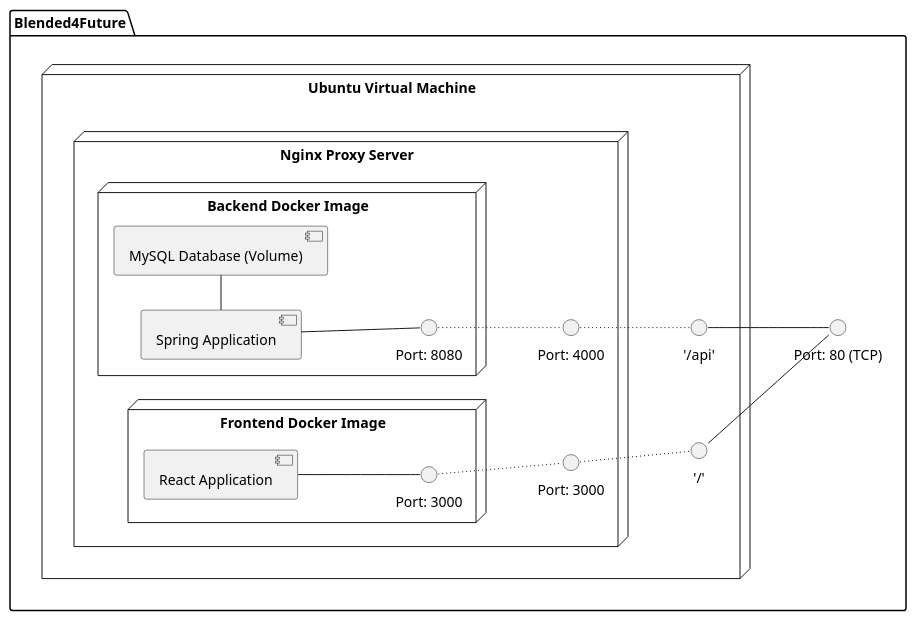
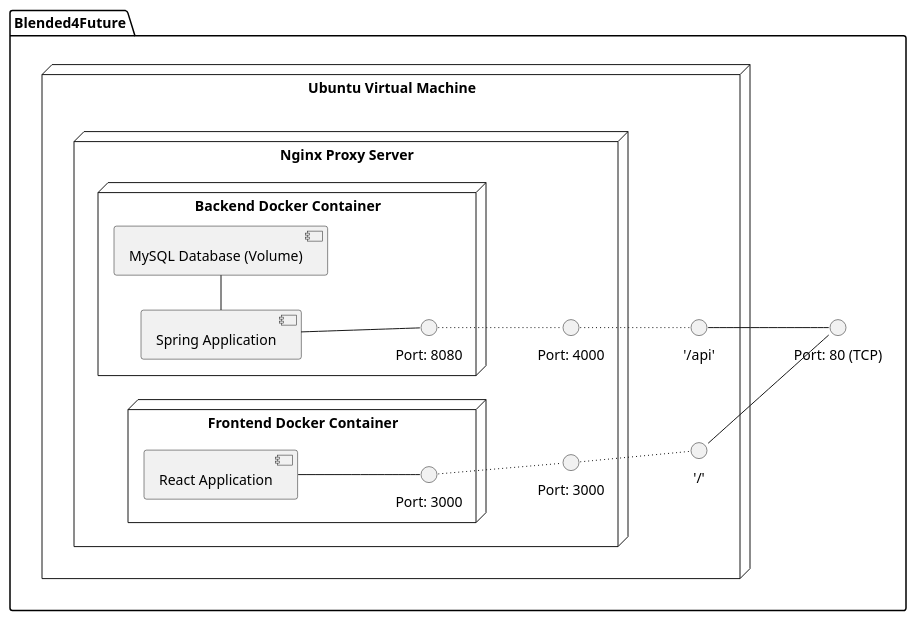
The diagram in capitulos/cap3-analisedoproblema/assets/arquiteturasistema/physical/l4.puml (crodrigos/pesti-report), drawn with PlantUML before and after one commit. The commit also changed 13 other files, not shown here.

Commit message:
Adicionado Logo DEI, Diagramas atualizados

```diff
--- a/capitulos/cap3-analisedoproblema/assets/arquiteturasistema/physical/l4.puml
+++ b/capitulos/cap3-analisedoproblema/assets/arquiteturasistema/physical/l4.puml
@@ -1,46 +1,46 @@
 @startuml physical_l4
 
 left to right direction
 
 package Blended4Future {
 
     interface tcp_int as "Port: 80 (TCP)"
     node vtm as "Ubuntu Virtual Machine" {
 
         interface nginx_backend as "'/api'"
         interface nginx_frontend as "'/'"
 
         node nginx as "Nginx Proxy Server" {
 
-            node frontend_docker as "Frontend Docker Image" {
+            node frontend_docker as "Frontend Docker Container" {
                 component frontend as "React Application"
                 interface frontend_interface as "Port: 3000"
                 frontend -d- frontend_interface
             }
             interface frontend_docker_int as "Port: 3000"
             
             interface backend_docker_int as "Port: 4000"
-            node backend_docker as "Backend Docker Image" {
+            node backend_docker as "Backend Docker Container" {
                 component db as "MySQL Database (Volume)"
                 component backend as "Spring Application"
                 interface backend_interface as "Port: 8080"
                 db -l- backend
                 backend -d- backend_interface
             }
 
             backend_interface -d[dotted]- backend_docker_int
             frontend_interface -d[dotted]- frontend_docker_int
 
             frontend_docker_int -[dotted]- nginx_frontend
             backend_docker_int -[dotted]- nginx_backend
         }
         
         nginx_backend -- tcp_int
         nginx_frontend -- tcp_int
         
     }
     vtm -[hidden]- tcp_int
 
 }
 
 @enduml
```
